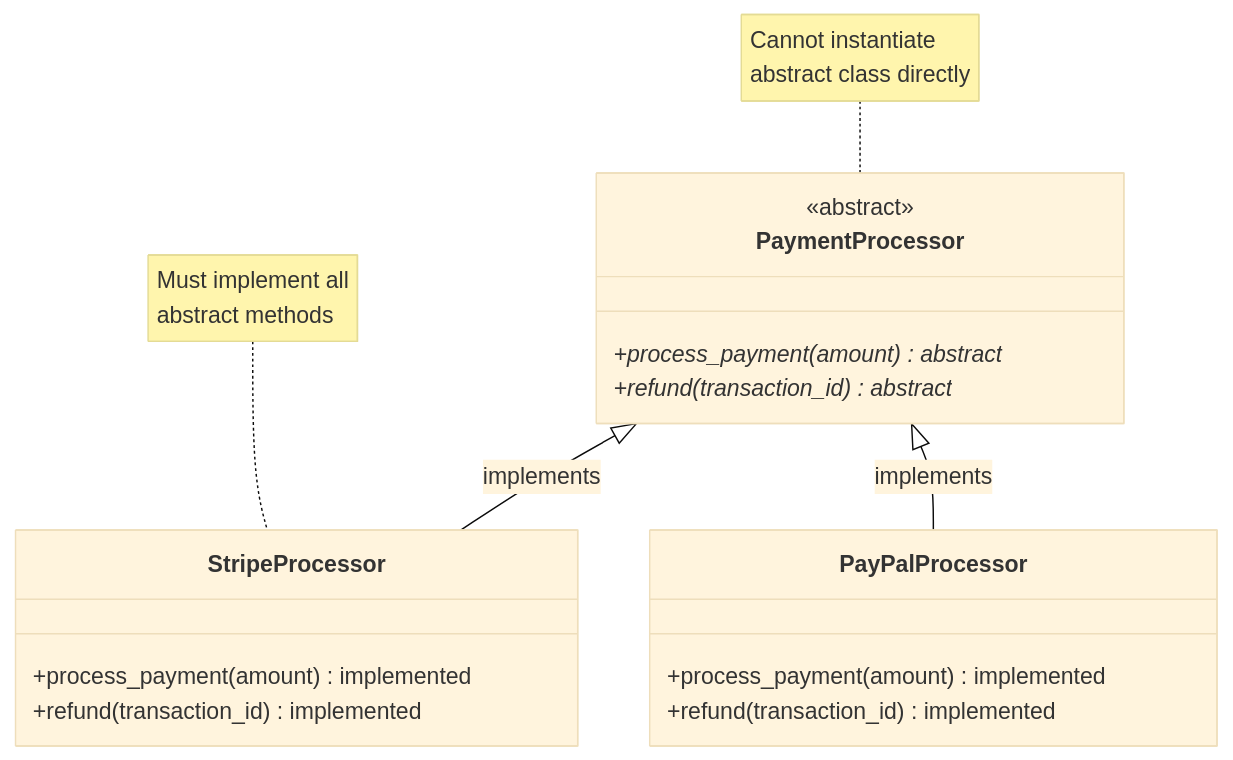
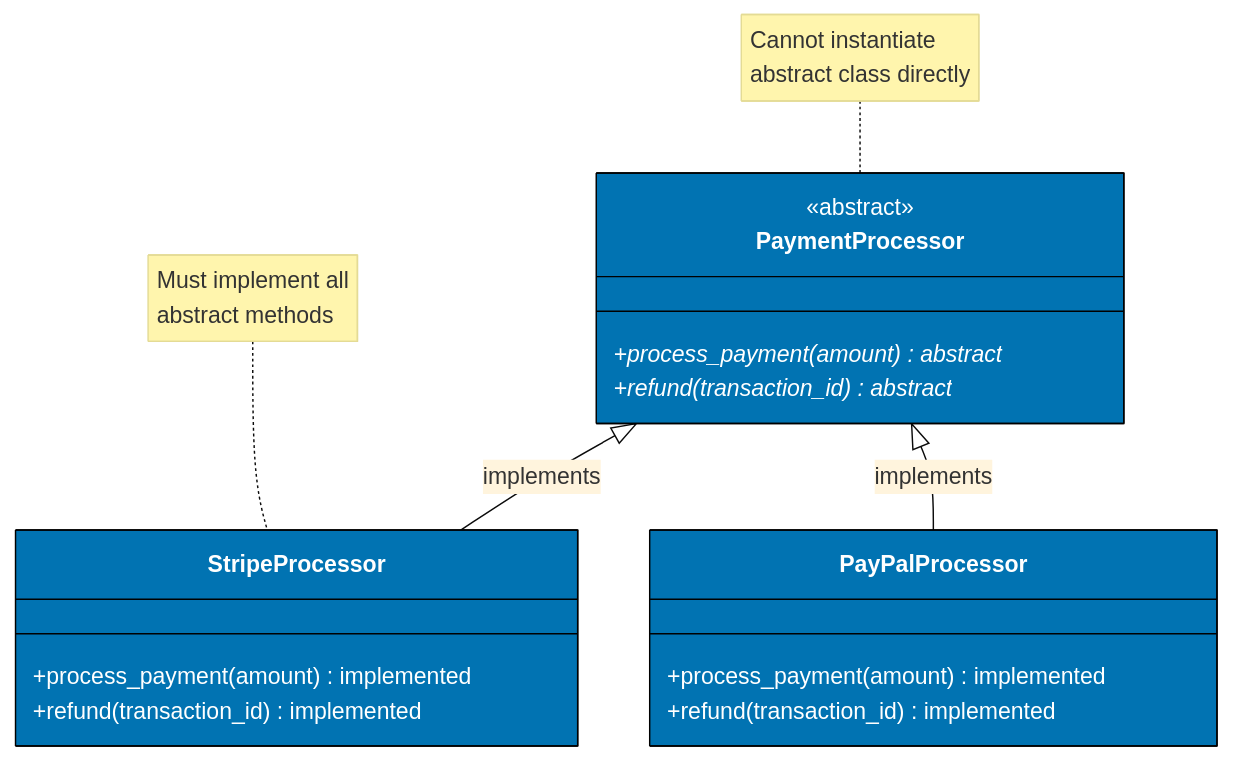
One commit to wahidyankf/ose-public changed the tenth of 10 diagrams in apps/ayokoding-www/content/en/learn/legacy/software-engineering/programming-languages/python/by-example/intermediate.md. Above: the diagram before and after it, drawn with Mermaid (base theme). The commit also changed other lines of this file and 112 other files, not shown here.

First line of the commit message:
fix(mermaid): bring the legacy programming-languages diagrams onto the accessible palette

````diff
--- a/apps/ayokoding-www/content/en/learn/legacy/software-engineering/programming-languages/python/by-example/intermediate.md
+++ b/apps/ayokoding-www/content/en/learn/legacy/software-engineering/programming-languages/python/by-example/intermediate.md
@@ -1257,25 +1314,28 @@
 ```mermaid
 %% Abstract base class inheritance
 classDiagram
+    accTitle: Example 51: Abstract Base Classes
+    accDescr: Class diagram with 3 items: PaymentProcessor, StripeProcessor, PayPalProcessor. Relationships: PaymentProcessor to StripeProcessor: implements; PaymentProcessor to PayPalProcessor: implements.
     class PaymentProcessor {
         <<abstract>>
         +process_payment(amount)* abstract
         +refund(transaction_id)* abstract
     }
 
     class StripeProcessor {
         +process_payment(amount) implemented
         +refund(transaction_id) implemented
     }
 
     class PayPalProcessor {
         +process_payment(amount) implemented
         +refund(transaction_id) implemented
     }
 
     PaymentProcessor <|-- StripeProcessor : implements
     PaymentProcessor <|-- PayPalProcessor : implements
 
     note for PaymentProcessor "Cannot instantiate<br/>abstract class directly"
     note for StripeProcessor "Must implement all<br/>abstract methods"
+    classDef default fill:#0173B2,stroke:#000000,color:#FFFFFF
 ```
````
